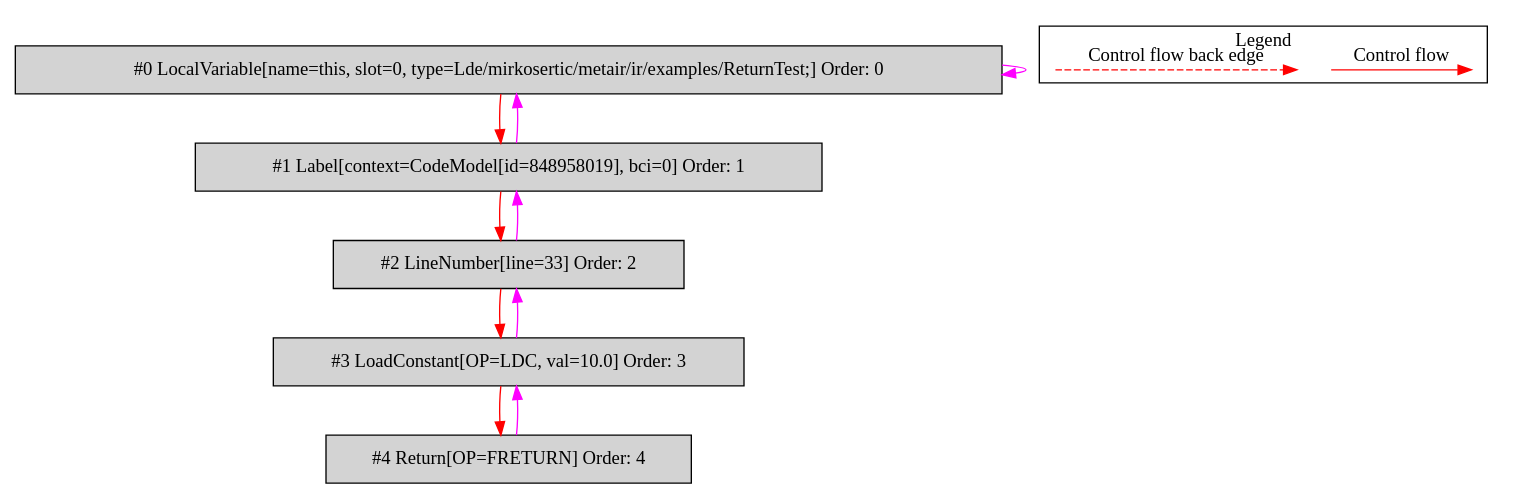
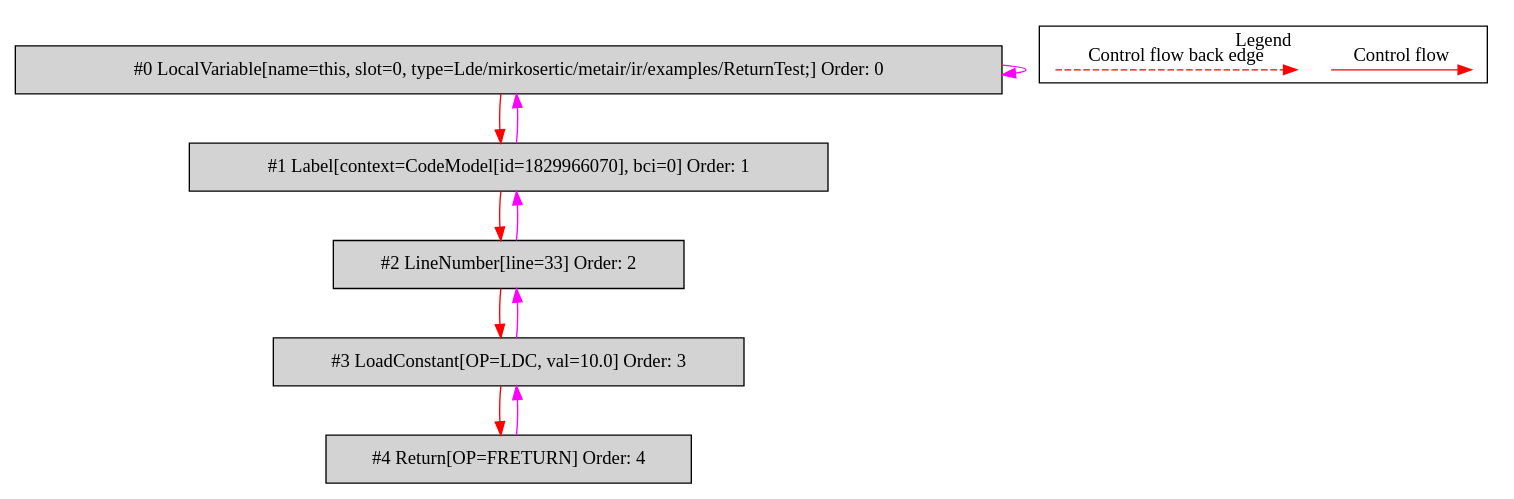
Before and after one commit to mirkosertic/MetaIR: the diagram in de.mirkosertic.metair.ir.examples.ReturnTest/returnFloat/bytecodecfg.dot, drawn with Graphviz. The commit also changed 488 other files, not shown here.

```diff
--- a/de.mirkosertic.metair.ir.examples.ReturnTest/returnFloat/bytecodecfg.dot
+++ b/de.mirkosertic.metair.ir.examples.ReturnTest/returnFloat/bytecodecfg.dot
@@ -1,31 +1,31 @@
 digraph {
  ordering="in";
  node0[label="#0 LocalVariable[name=this, slot=0, type=Lde/mirkosertic/metair/ir/examples/ReturnTest;] Order: 0", shape=box, fillcolor=lightgrey, style=filled];
- node1[label="#1 Label[context=CodeModel[id=848958019], bci=0] Order: 1", shape=box, fillcolor=lightgrey, style=filled];
+ node1[label="#1 Label[context=CodeModel[id=1829966070], bci=0] Order: 1", shape=box, fillcolor=lightgrey, style=filled];
  node2[label="#2 LineNumber[line=33] Order: 2", shape=box, fillcolor=lightgrey, style=filled];
  node3[label="#3 LoadConstant[OP=LDC, val=10.0] Order: 3", shape=box, fillcolor=lightgrey, style=filled];
  node4[label="#4 Return[OP=FRETURN] Order: 4", shape=box, fillcolor=lightgrey, style=filled];
  node0 -> node0[color=fuchsia];
  node0 -> node1[color=red];
  node1 -> node0[color=fuchsia];
  node1 -> node2[color=red];
  node2 -> node1[color=fuchsia];
  node2 -> node3[color=red];
  node3 -> node2[color=fuchsia];
  node3 -> node4[color=red];
  node4 -> node3[color=fuchsia];
  subgraph cluster_000 {
   label = "Legend";
   node [shape=point]
   {
    rank=same;
    c0 [style = invis];
    c1 [style = invis];
    c2 [style = invis];
    c3 [style = invis];
   }
   c0 -> c1 [label="Control flow", style=solid, color=red]
   c2 -> c3 [label="Control flow back edge", style=dashed, color=red]
  }
 
 }
```
